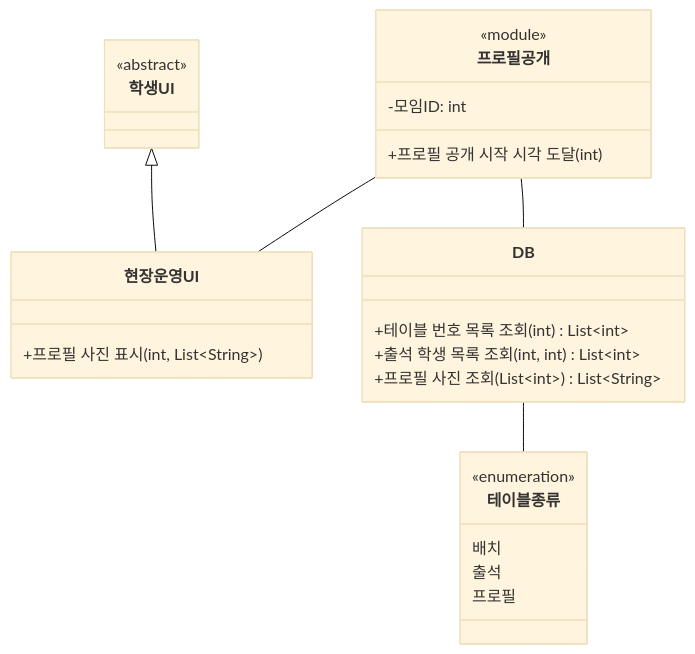
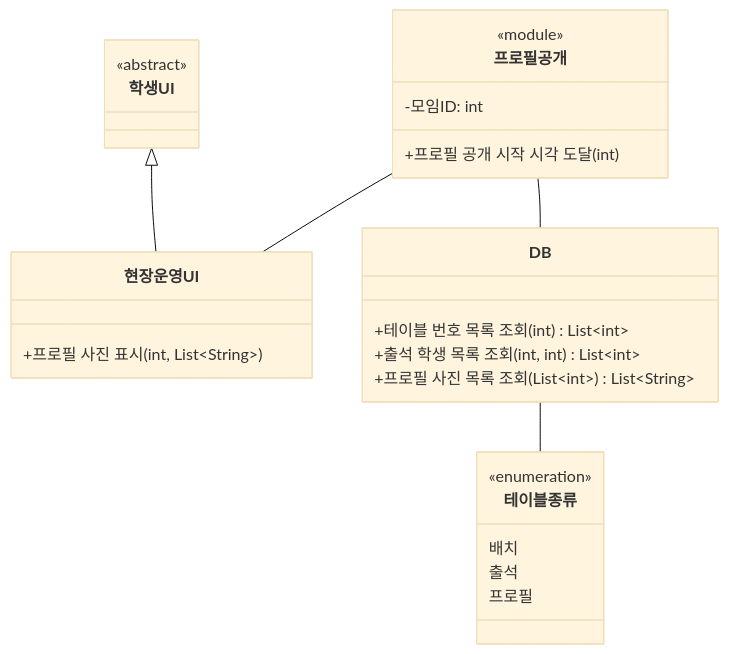
Before and after one commit to hojae3/sw-engineering-16: the diagram in presentation/08/3-class-v3.md, drawn with Mermaid (base theme). The commit also changed other lines of this file and 2 other files, not shown here.

Commit message:
[presentation] 8번 v3: 프로필 사진 목록 조회, 프로필사진목록으로 이름 변경 (시퀀스·클래스·StarUML)

````diff
--- a/presentation/08/3-class-v3.md
+++ b/presentation/08/3-class-v3.md
@@ -11,30 +11,30 @@
 ```mermaid
 classDiagram
     class 학생UI {
         <<abstract>>
     }
     class 현장운영UI {
         +프로필 사진 표시(int, List~String~)
     }
     class 프로필공개 {
         <<module>>
         -모임ID: int
         +프로필 공개 시작 시각 도달(int)
     }
     class DB {
         +테이블 번호 목록 조회(int) List~int~
         +출석 학생 목록 조회(int, int) List~int~
-        +프로필 사진 조회(List~int~) List~String~
+        +프로필 사진 목록 조회(List~int~) List~String~
     }
     class 테이블종류 {
         <<enumeration>>
         배치
         출석
         프로필
     }
 
     학생UI <|-- 현장운영UI
     프로필공개 -- DB
     프로필공개 -- 현장운영UI
     DB -- 테이블종류
 ```
````
